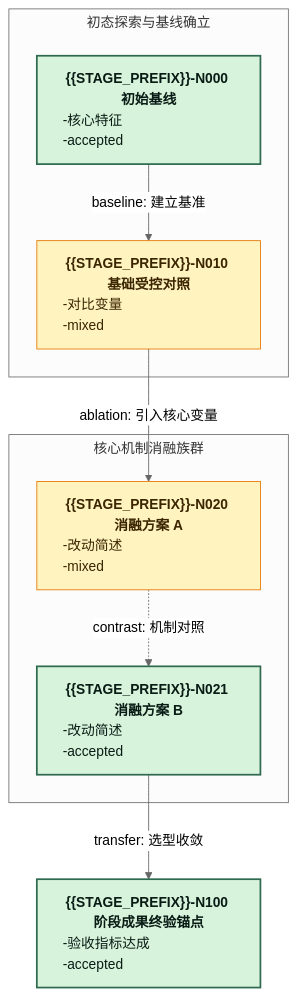
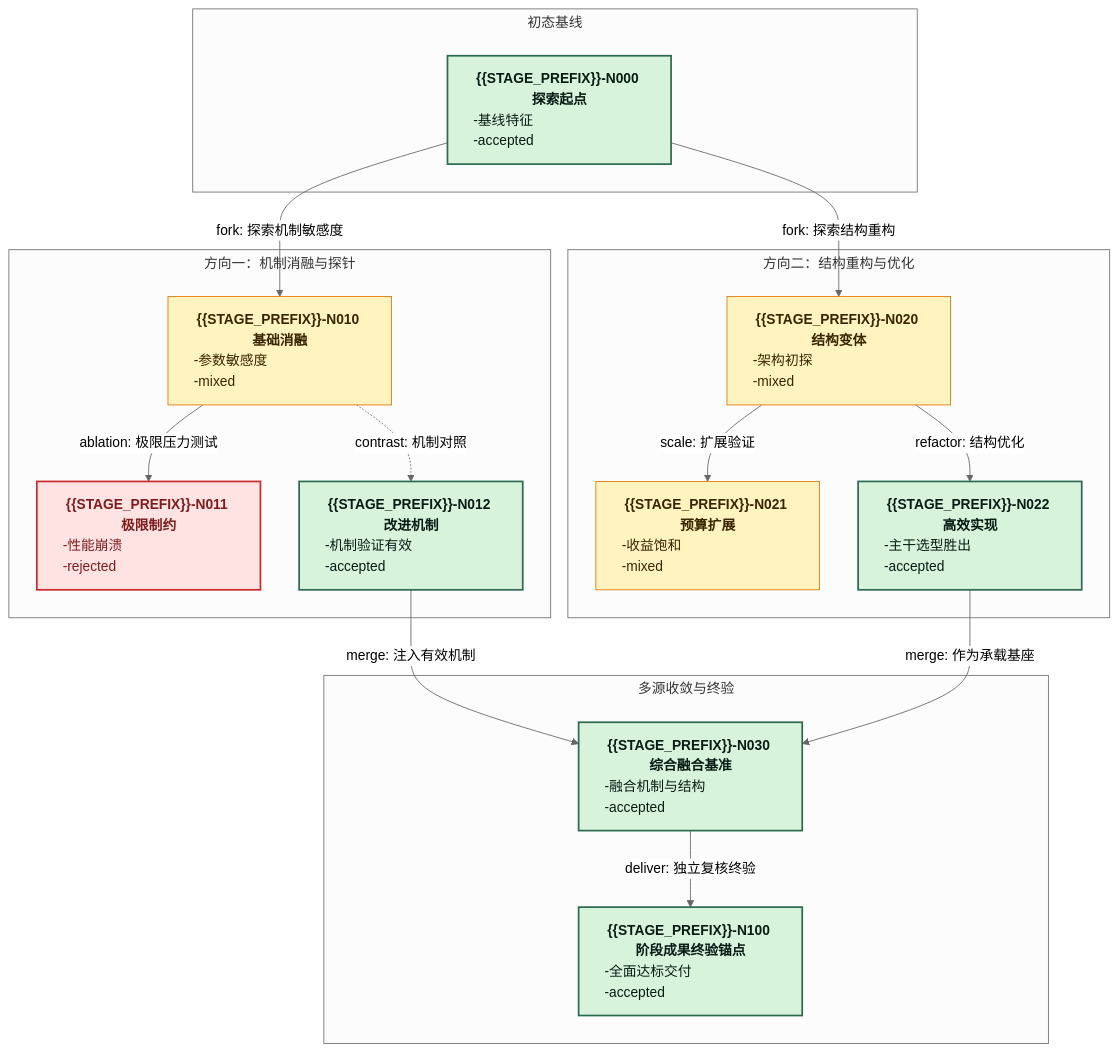
The diagram in codex/skills/stage-driven-research/references/templates/stages-agents.md (riemac/labflow), drawn with Mermaid (neutral theme) before and after one commit. The commit also changed other lines of this file and 1 other file, not shown here.

Commit message:
docs(skills): update stages-agents with diverse multi-branch MAP topology

````diff
--- a/codex/skills/stage-driven-research/references/templates/stages-agents.md
+++ b/codex/skills/stage-driven-research/references/templates/stages-agents.md
@@ -82,24 +82,44 @@
 ```mermaid
 %%{init: {"flowchart": {"htmlLabels": true, "subGraphTitleMargin": {"top": 4, "bottom": 18}, "nodeSpacing": 45, "rankSpacing": 65}} }%%
 graph TD
-  subgraph G00["初态探索与基线确立"]
-    N000["<b>{{STAGE_PREFIX}}-N000 初始基线</b><br/><div style='text-align:left'>-核心特征<br/>-accepted</div>"]
-    N010["<b>{{STAGE_PREFIX}}-N010 基础受控对照</b><br/><div style='text-align:left'>-对比变量<br/>-mixed</div>"]
-    N000 -->|baseline: 建立基准| N010
+  subgraph G00["初态基线"]
+    N000["<b>{{STAGE_PREFIX}}-N000 探索起点</b><br/><div style='text-align:left'>-基线特征<br/>-accepted</div>"]
   end
 
-  subgraph G02["核心机制消融族群"]
-    N020["<b>{{STAGE_PREFIX}}-N020 消融方案 A</b><br/><div style='text-align:left'>-改动简述<br/>-mixed</div>"]
-    N021["<b>{{STAGE_PREFIX}}-N021 消融方案 B</b><br/><div style='text-align:left'>-改动简述<br/>-accepted</div>"]
-    N020 -. "contrast: 机制对照" .-> N021
+  subgraph G01["方向一：机制消融与探针"]
+    N010["<b>{{STAGE_PREFIX}}-N010 基础消融</b><br/><div style='text-align:left'>-参数敏感度<br/>-mixed</div>"]
+    N011["<b>{{STAGE_PREFIX}}-N011 极限制约</b><br/><div style='text-align:left'>-性能崩溃<br/>-rejected</div>"]
+    N012["<b>{{STAGE_PREFIX}}-N012 改进机制</b><br/><div style='text-align:left'>-机制验证有效<br/>-accepted</div>"]
+    N010 -->|ablation: 极限压力测试| N011
+    N010 -. "contrast: 机制对照" .-> N012
   end
 
-  N010 -->|ablation: 引入核心变量| N020
-  N021 -->|transfer: 选型收敛| N100["<b>{{STAGE_PREFIX}}-N100 阶段成果终验锚点</b><br/><div style='text-align:left'>-验收指标达成<br/>-accepted</div>"]
+  subgraph G02["方向二：结构重构与优化"]
+    N020["<b>{{STAGE_PREFIX}}-N020 结构变体</b><br/><div style='text-align:left'>-架构初探<br/>-mixed</div>"]
+    N021["<b>{{STAGE_PREFIX}}-N021 预算扩展</b><br/><div style='text-align:left'>-收益饱和<br/>-mixed</div>"]
+    N022["<b>{{STAGE_PREFIX}}-N022 高效实现</b><br/><div style='text-align:left'>-主干选型胜出<br/>-accepted</div>"]
+    N020 -->|scale: 扩展验证| N021
+    N020 -->|refactor: 结构优化| N022
+  end
+
+  %% 起点分叉至两个独立探索簇
+  N000 -->|fork: 探索机制敏感度| N010
+  N000 -->|fork: 探索结构重构| N020
+
+  subgraph G03["多源收敛与终验"]
+    N030["<b>{{STAGE_PREFIX}}-N030 综合融合基准</b><br/><div style='text-align:left'>-融合机制与结构<br/>-accepted</div>"]
+    N100["<b>{{STAGE_PREFIX}}-N100 阶段成果终验锚点</b><br/><div style='text-align:left'>-全面达标交付<br/>-accepted</div>"]
+    N030 -->|deliver: 独立复核终验| N100
+  end
+
+  %% 两个方向的胜出成果多源汇聚（Merge）
+  N012 -->|merge: 注入有效机制| N030
+  N022 -->|merge: 作为承载基座| N030
 
   classDef accepted fill:#d8f3dc,stroke:#2d6a4f,stroke-width:2px,color:#081c15;
   classDef mixed fill:#fff3bf,stroke:#e67700,stroke-width:1px,color:#3b2500;
   classDef rejected fill:#ffe3e3,stroke:#c92a2a,stroke-width:2px,color:#7f1d1d;
-  class N000,N021,N100 accepted;
-  class N010,N020 mixed;
+  class N000,N012,N022,N030,N100 accepted;
+  class N010,N020,N021 mixed;
+  class N011 rejected;
 ```
````
